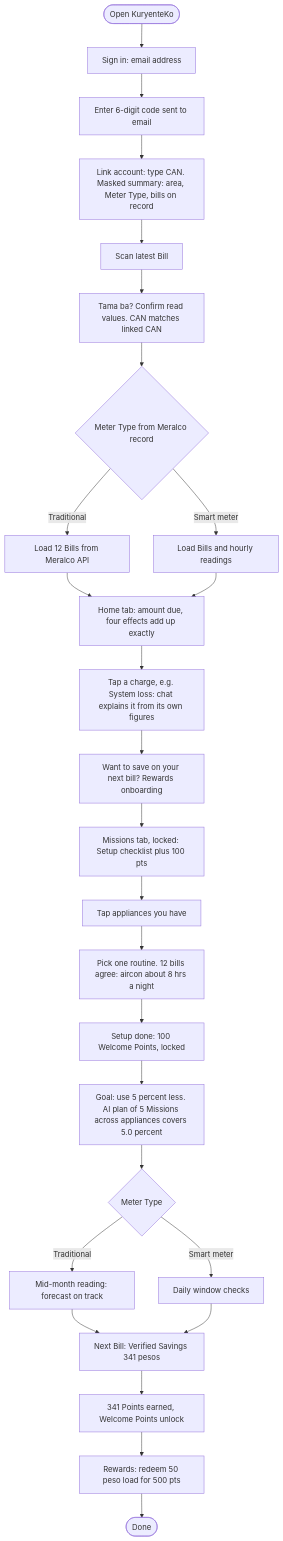
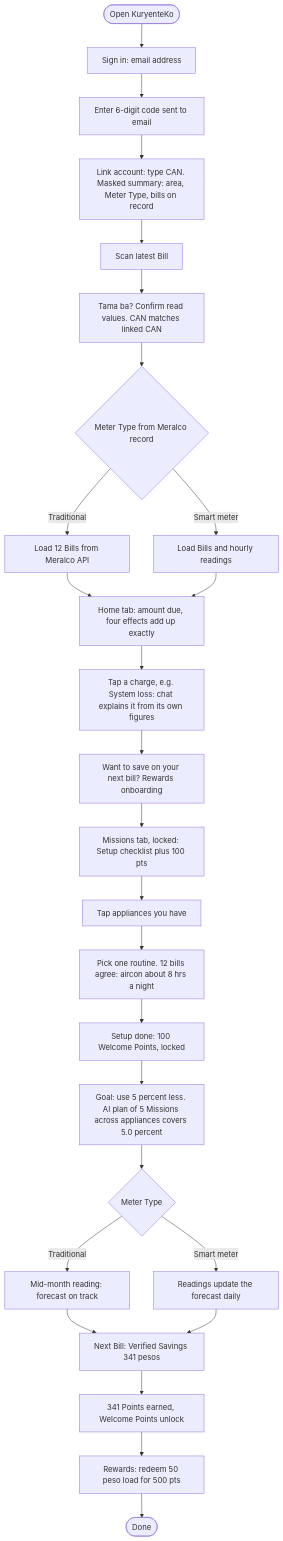
The first of 2 diagrams in docs/challenge-2/KuryenteKo.md (mrmeralco/TeamLarpitOut), drawn with Mermaid before and after one commit. The commit also changed other lines of this file and 1 other file, not shown here.

First line of the commit message:
docs: defer smart meter daily Mission checks (#18 closed)

````diff
--- a/docs/challenge-2/KuryenteKo.md
+++ b/docs/challenge-2/KuryenteKo.md
@@ -143,28 +143,28 @@
 ```mermaid
 flowchart TD
     A([Open KuryenteKo]) --> B["Sign in: email address"]
     B --> C["Enter 6-digit code sent to email"]
     C --> D["Link account: type CAN. Masked summary: area, Meter Type, bills on record"]
     D --> E["Scan latest Bill"]
     E --> F["Tama ba? Confirm read values. CAN matches linked CAN"]
     F --> G{"Meter Type from Meralco record"}
     G -->|Traditional| H["Load 12 Bills from Meralco API"]
     G -->|Smart meter| H2["Load Bills and hourly readings"]
     H --> I["Home tab: amount due, four effects add up exactly"]
     H2 --> I
     I --> J["Tap a charge, e.g. System loss: chat explains it from its own figures"]
     J --> K["Want to save on your next bill? Rewards onboarding"]
     K --> L["Missions tab, locked: Setup checklist plus 100 pts"]
     L --> M["Tap appliances you have"]
     M --> N["Pick one routine. 12 bills agree: aircon about 8 hrs a night"]
     N --> O["Setup done: 100 Welcome Points, locked"]
     O --> P["Goal: use 5 percent less. AI plan of 5 Missions across appliances covers 5.0 percent"]
     P --> Q{"Meter Type"}
     Q -->|Traditional| R["Mid-month reading: forecast on track"]
-    Q -->|Smart meter| S["Daily window checks"]
+    Q -->|Smart meter| S["Readings update the forecast daily"]
     R --> T["Next Bill: Verified Savings 341 pesos"]
     S --> T
     T --> U["341 Points earned, Welcome Points unlock"]
     U --> V["Rewards: redeem 50 peso load for 500 pts"]
     V --> W([Done])
 ```
````
